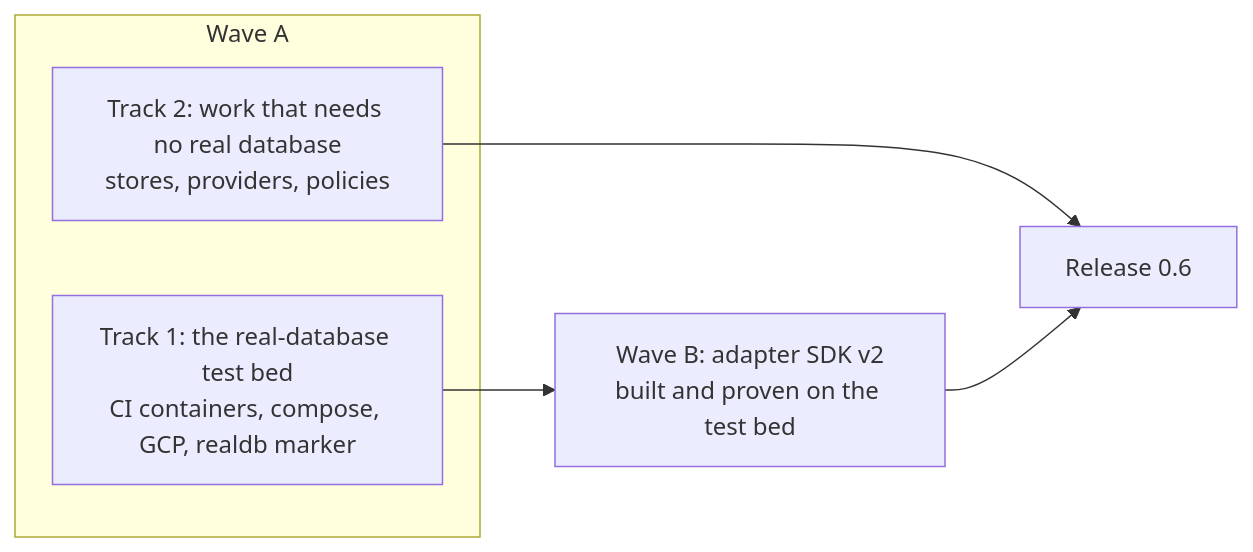
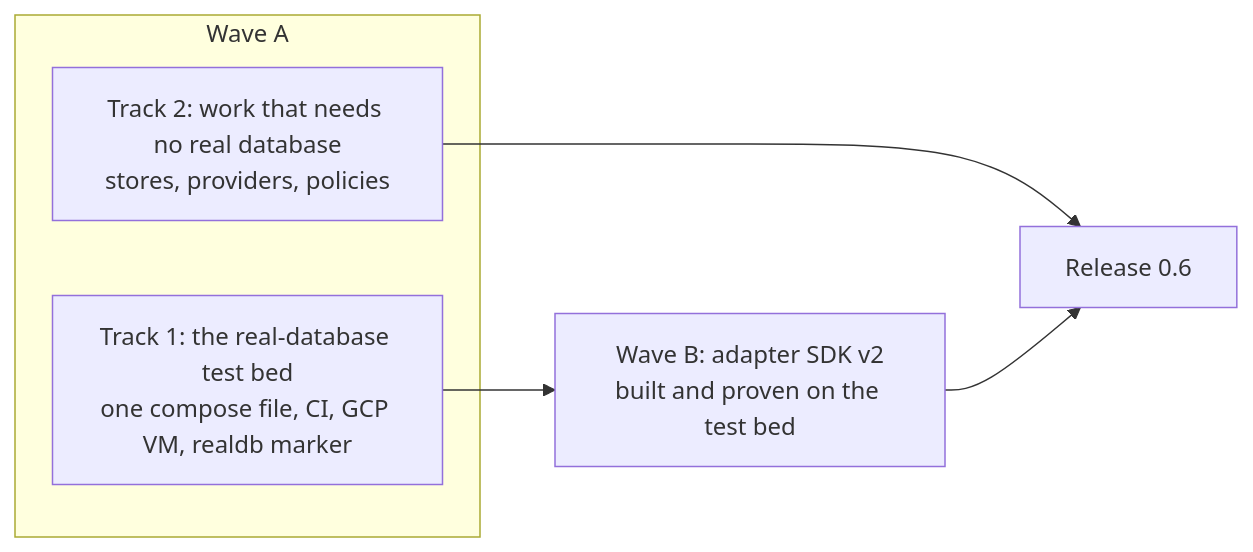
Before and after one commit to nadeem4/nl2sql: the first of 3 diagrams in docs/architecture/phase2.md, drawn with Mermaid. The commit also changed other lines of this file, not shown here.

First line of the commit message:
docs(architecture): phase 2 owner decisions — one compose test bed, GCP VM, minimal providers

````diff
--- a/docs/architecture/phase2.md
+++ b/docs/architecture/phase2.md
@@ -85,10 +91,10 @@
 ```mermaid
 flowchart LR
   subgraph A["Wave A"]
-    T["Track 1: the real-database test bed<br/>CI containers, compose, GCP, realdb marker"]
+    T["Track 1: the real-database test bed<br/>one compose file, CI, GCP VM, realdb marker"]
     N["Track 2: work that needs no real database<br/>stores, providers, policies"]
   end
   T --> B["Wave B: adapter SDK v2<br/>built and proven on the test bed"]
   N --> R["Release 0.6"]
   B --> R
 ```
````
